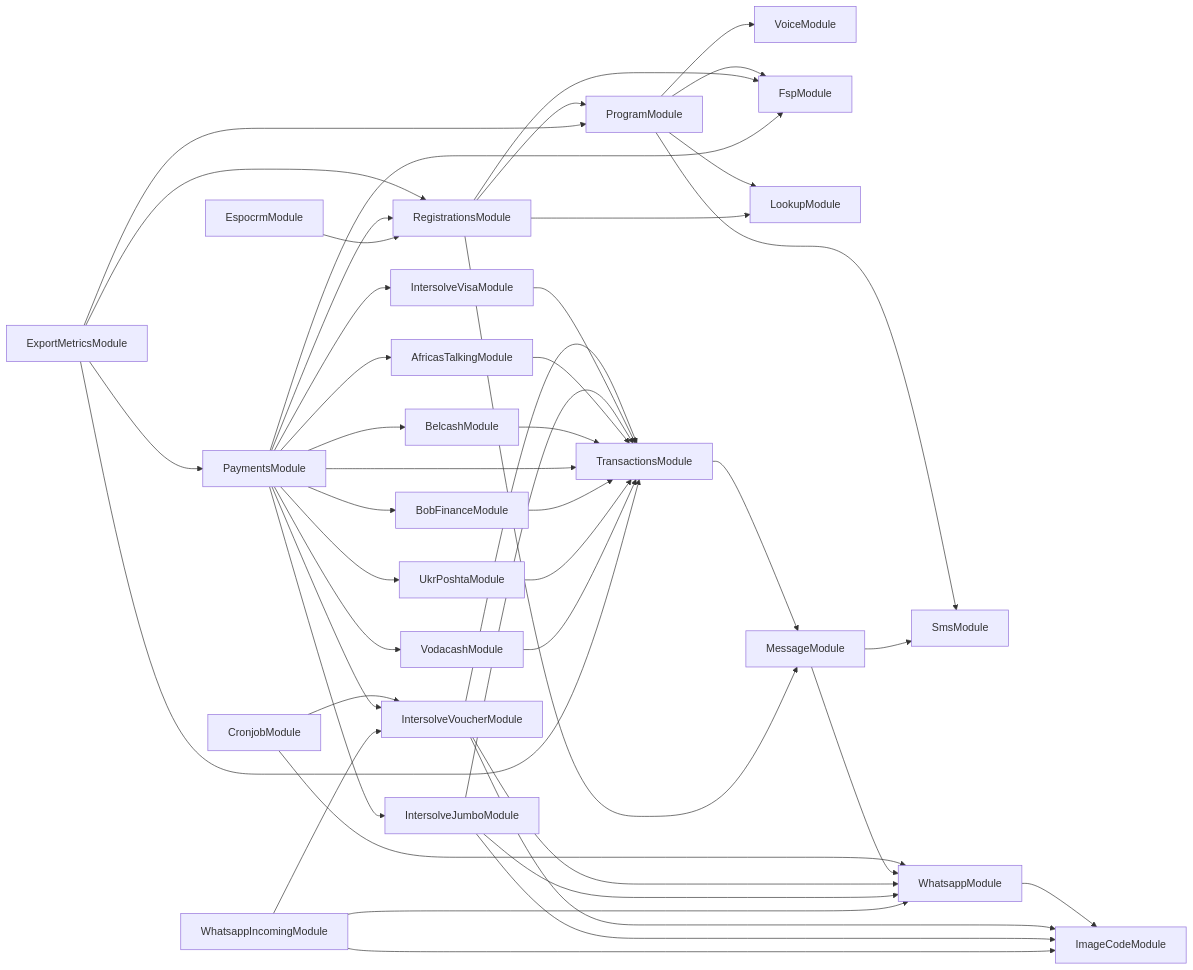
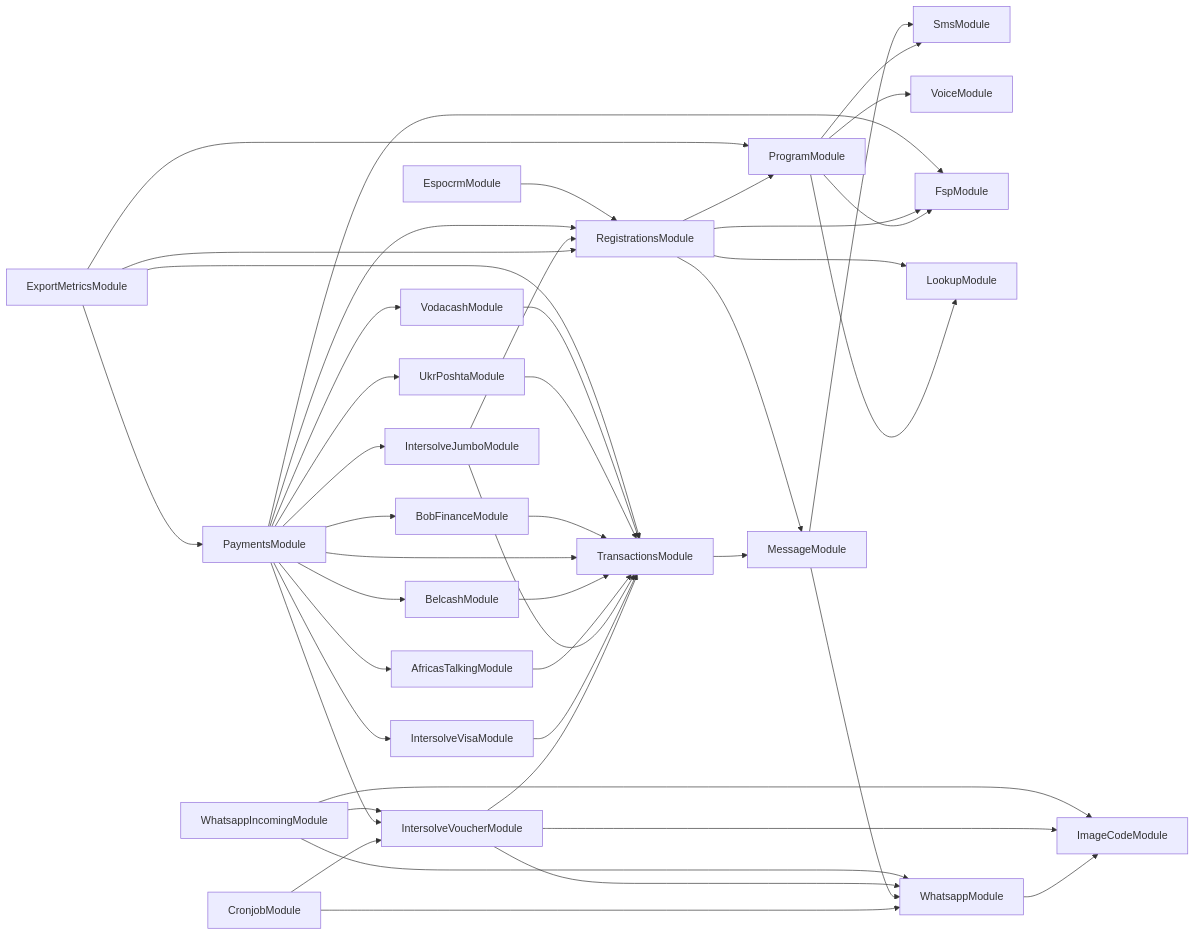
Before and after one commit to global-121/121-platform: the diagram in services/121-service/module-dependencies.md, drawn with Mermaid. The commit also changed 2 other files, not shown here.

Commit message:
refactor: import registration service in jumbo service AB#18492

````diff
--- a/services/121-service/module-dependencies.md
+++ b/services/121-service/module-dependencies.md
@@ -3,48 +3,47 @@
 ```mermaid
 graph LR
   ProgramModule-->SmsModule
   ProgramModule-->VoiceModule
   ProgramModule-->FspModule
   ProgramModule-->LookupModule
   CronjobModule-->WhatsappModule
   WhatsappModule-->ImageCodeModule
   CronjobModule-->IntersolveVoucherModule
   IntersolveVoucherModule-->ImageCodeModule
   IntersolveVoucherModule-->TransactionsModule
   TransactionsModule-->MessageModule
   MessageModule-->WhatsappModule
   MessageModule-->SmsModule
   IntersolveVoucherModule-->WhatsappModule
   RegistrationsModule-->LookupModule
   RegistrationsModule-->ProgramModule
   RegistrationsModule-->FspModule
   RegistrationsModule-->MessageModule
   ExportMetricsModule-->ProgramModule
   ExportMetricsModule-->RegistrationsModule
   ExportMetricsModule-->PaymentsModule
   PaymentsModule-->FspModule
   PaymentsModule-->IntersolveVoucherModule
   PaymentsModule-->IntersolveVisaModule
   IntersolveVisaModule-->TransactionsModule
   PaymentsModule-->IntersolveJumboModule
-  IntersolveJumboModule-->ImageCodeModule
   IntersolveJumboModule-->TransactionsModule
-  IntersolveJumboModule-->WhatsappModule
+  IntersolveJumboModule-->RegistrationsModule
   PaymentsModule-->AfricasTalkingModule
   AfricasTalkingModule-->TransactionsModule
   PaymentsModule-->BelcashModule
   BelcashModule-->TransactionsModule
   PaymentsModule-->TransactionsModule
   PaymentsModule-->BobFinanceModule
   BobFinanceModule-->TransactionsModule
   PaymentsModule-->UkrPoshtaModule
   UkrPoshtaModule-->TransactionsModule
   PaymentsModule-->VodacashModule
   VodacashModule-->TransactionsModule
   PaymentsModule-->RegistrationsModule
   ExportMetricsModule-->TransactionsModule
   WhatsappIncomingModule-->ImageCodeModule
   WhatsappIncomingModule-->IntersolveVoucherModule
   WhatsappIncomingModule-->WhatsappModule
   EspocrmModule-->RegistrationsModule
 ```
````
